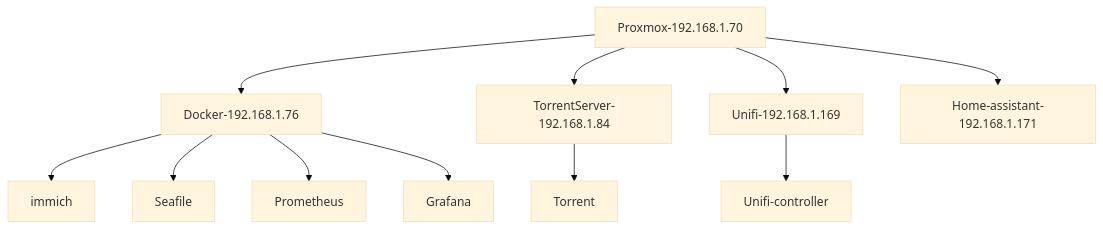
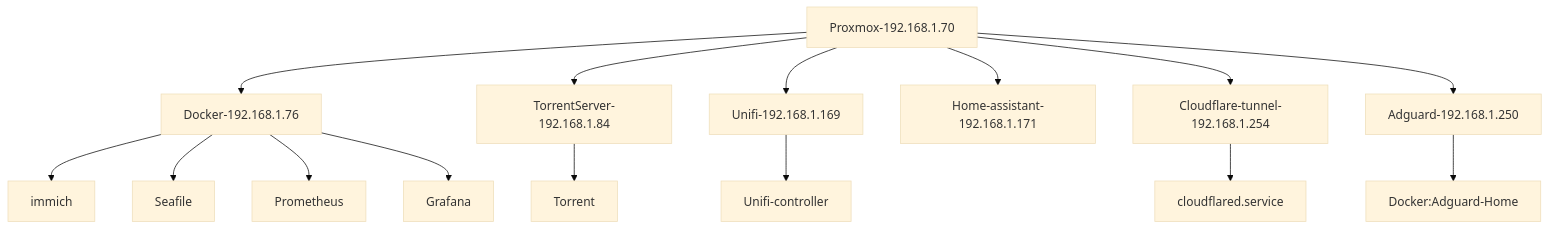
The diagram in diagrams/infra.mmd (BenceGyurus/Homelab), drawn with Mermaid (base theme) before and after one commit. The commit also changed other lines of this file and 2 other files, not shown here.

Commit message:
modify diagrams and add plexinc to torrent docker-compose

```diff
--- a/diagrams/infra.mmd
+++ b/diagrams/infra.mmd
@@ -1,14 +1,20 @@
 graph TD;
     Proxmox-192.168.1.70-->Docker-192.168.1.76;
     Docker-192.168.1.76-->immich;
-    Docker-192.168.1.76-->Seafile
-    Docker-192.168.1.76-->Prometheus
-    Docker-192.168.1.76-->Grafana
+    Docker-192.168.1.76-->Seafile;
+    Docker-192.168.1.76-->Prometheus;
+    Docker-192.168.1.76-->Grafana;
     
     Proxmox-192.168.1.70-->TorrentServer-192.168.1.84;
-    TorrentServer-192.168.1.84-->Torrent
+    TorrentServer-192.168.1.84-->Torrent;
     
-    Proxmox-192.168.1.70-->Unifi-192.168.1.169
-    Unifi-192.168.1.169-->Unifi-controller
+    Proxmox-192.168.1.70-->Unifi-192.168.1.169;
+    Unifi-192.168.1.169-->Unifi-controller;
     
-    Proxmox-192.168.1.70-->Home-assistant-192.168.1.171
+    Proxmox-192.168.1.70-->Home-assistant-192.168.1.171;
+
+    Proxmox-192.168.1.70-->Cloudflare-tunnel-192.168.1.254;
+    Cloudflare-tunnel-192.168.1.254-->cloudflared.service;
+    
+    Proxmox-192.168.1.70-->Adguard-192.168.1.250;
+    Adguard-192.168.1.250-->Docker:Adguard-Home;
```
